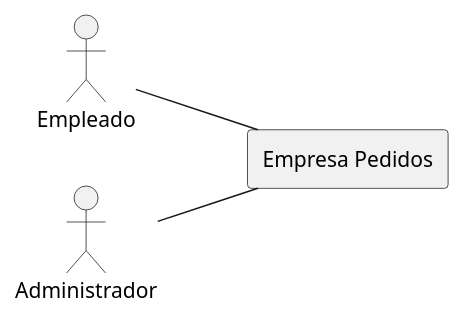
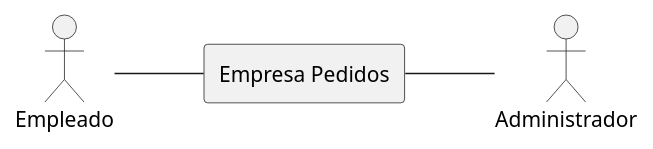
One commit to M-pozo/UMLCasosDeUso2_MiguelPozo changed the diagram in src/CasosDeUso/DiagramaContexto.puml. Above: the diagram before and after it, drawn with PlantUML.

Commit message:
Actualización DiagramaContexto

```diff
--- a/src/CasosDeUso/DiagramaContexto.puml
+++ b/src/CasosDeUso/DiagramaContexto.puml
@@ -1,12 +1,12 @@
 @startuml
 left to right direction
 :Empleado: as A1
 :Administrador: as A2
 
 rectangle "Empresa Pedidos"{
 }
 
 A1 -- "Empresa Pedidos"
-A2 --"Empresa Pedidos"
+"Empresa Pedidos" -- A2
 
 @enduml
```
